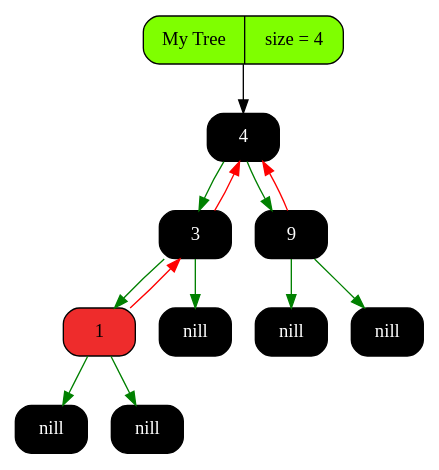
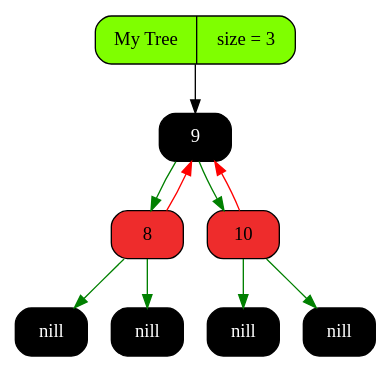
The diagram in graphics/graph.dot (Pelmeshka127/RedBlackTree), drawn with Graphviz before and after one commit. The commit also changed 16 other files, not shown here.

```diff
--- a/graphics/graph.dot
+++ b/graphics/graph.dot
@@ -1,28 +1,23 @@
 digraph Tree
 {
    rankdir = HR;
    node[fontsize=14];
    edge[color="black",fontcolor="blue",fontsize=12];
-   tree[shape = Mrecord, style = filled, fillcolor = "chartreuse1", label = "My Tree | size = 4"];
-   "0x14d004080"[shape = Mrecord, style = filled, fontcolor = "white", fillcolor = "black",   label = " <value> 4"];
-  "0x14d004080" -> "0x14be06880" [color = "green"];
-  "0x14be06880" -> "0x14d004080" [color = "red"];
-  "0x14d004080" -> "0x14bf04170" [color = "green"];
-  "0x14bf04170" -> "0x14d004080" [color = "red"];
-   "0x14be06880"[shape = Mrecord, style = filled, fontcolor = "white", fillcolor = "black",   label = " <value> 3"];
-  "0x14be06880" -> "0x14be06840" [color = "green"];
-  "0x14be06840" -> "0x14be06880" [color = "red"];
-   "0x14be06880right"[shape = Mrecord, style = filled, fontcolor = "white", fillcolor = "black",   label = " <value> nill"];
-  "0x14be06880" -> "0x14be06880right" [color = "green"];
-  "0x14be06840"[shape = Mrecord, style = filled, fillcolor = "firebrick2",   label = " <value> 1"];
-   "0x14be06840left"[shape = Mrecord, style = filled, fontcolor = "white", fillcolor = "black",   label = " <value> nill"];
-  "0x14be06840" -> "0x14be06840left" [color = "green"];
-   "0x14be06840right"[shape = Mrecord, style = filled, fontcolor = "white", fillcolor = "black",   label = " <value> nill"];
-  "0x14be06840" -> "0x14be06840right" [color = "green"];
-   "0x14bf04170"[shape = Mrecord, style = filled, fontcolor = "white", fillcolor = "black",   label = " <value> 9"];
-   "0x14bf04170left"[shape = Mrecord, style = filled, fontcolor = "white", fillcolor = "black",   label = " <value> nill"];
-  "0x14bf04170" -> "0x14bf04170left" [color = "green"];
-   "0x14bf04170right"[shape = Mrecord, style = filled, fontcolor = "white", fillcolor = "black",   label = " <value> nill"];
-  "0x14bf04170" -> "0x14bf04170right" [color = "green"];
-   tree -> "0x14d004080" [color = "gray0"];
+   tree[shape = Mrecord, style = filled, fillcolor = "chartreuse1", label = "My Tree | size = 3"];
+   "0x13ff040b0"[shape = Mrecord, style = filled, fontcolor = "white", fillcolor = "black",   label = " <value> 9"];
+  "0x13ff040b0" -> "0x13ff04080" [color = "green"];
+  "0x13ff04080" -> "0x13ff040b0" [color = "red"];
+  "0x13ff040b0" -> "0x13ff040e0" [color = "green"];
+  "0x13ff040e0" -> "0x13ff040b0" [color = "red"];
+  "0x13ff04080"[shape = Mrecord, style = filled, fillcolor = "firebrick2",   label = " <value> 8"];
+   "0x13ff04080left"[shape = Mrecord, style = filled, fontcolor = "white", fillcolor = "black",   label = " <value> nill"];
+  "0x13ff04080" -> "0x13ff04080left" [color = "green"];
+   "0x13ff04080right"[shape = Mrecord, style = filled, fontcolor = "white", fillcolor = "black",   label = " <value> nill"];
+  "0x13ff04080" -> "0x13ff04080right" [color = "green"];
+  "0x13ff040e0"[shape = Mrecord, style = filled, fillcolor = "firebrick2",   label = " <value> 10"];
+   "0x13ff040e0left"[shape = Mrecord, style = filled, fontcolor = "white", fillcolor = "black",   label = " <value> nill"];
+  "0x13ff040e0" -> "0x13ff040e0left" [color = "green"];
+   "0x13ff040e0right"[shape = Mrecord, style = filled, fontcolor = "white", fillcolor = "black",   label = " <value> nill"];
+  "0x13ff040e0" -> "0x13ff040e0right" [color = "green"];
+   tree -> "0x13ff040b0" [color = "gray0"];
 }
```
